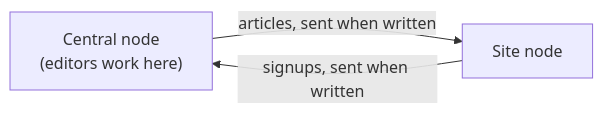
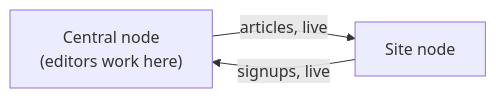
The second of 2 diagrams in docs/operations/REPLICATION.md (xiaodoudou/embed-cms), drawn with Mermaid before and after one commit. The commit also changed other lines of this file and 23 other files, not shown here.

````diff
--- a/docs/operations/REPLICATION.md
+++ b/docs/operations/REPLICATION.md
@@ -140,7 +144,7 @@
 ```mermaid
 flowchart LR
   central["Central node<br/>(editors work here)"]
   site["Site node"]
-  central -- "articles, sent when written" --> site
-  site -- "signups, sent when written" --> central
+  central -- "articles, live" --> site
+  site -- "signups, live" --> central
 ```
````
